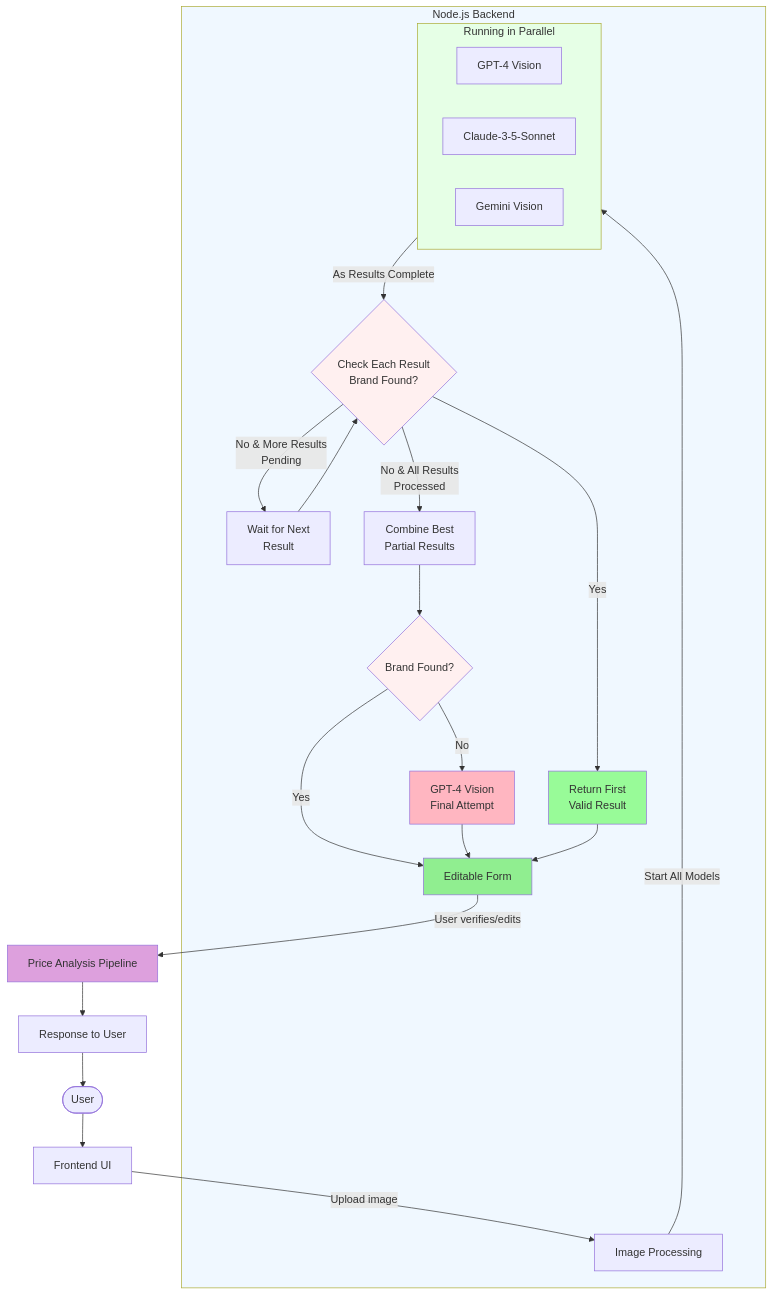
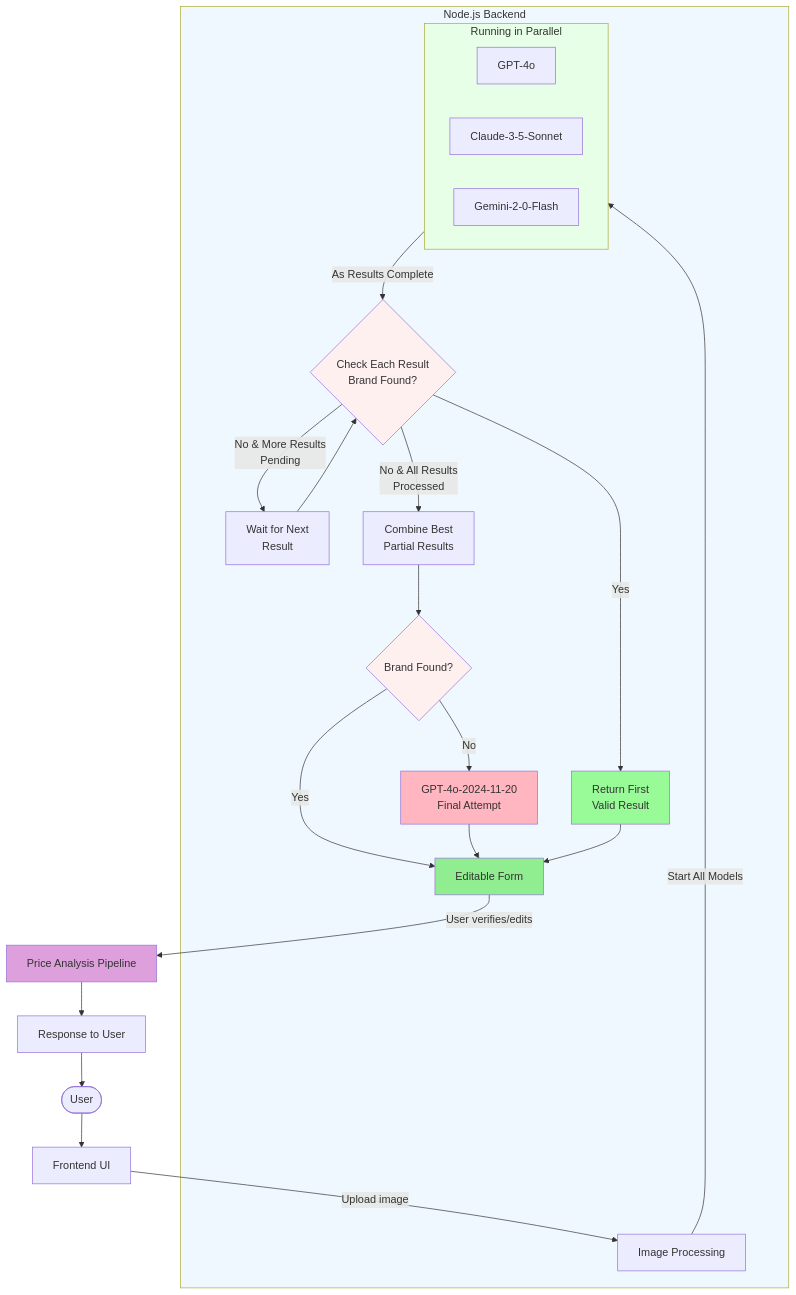
The first of 2 diagrams in README.md (team-alya/kaluste-backend), drawn with Mermaid before and after one commit. The commit also changed other lines of this file, not shown here.

Commit message:
update flowchart

````diff
--- a/README.md
+++ b/README.md
@@ -244,44 +244,44 @@
 ```mermaid
 flowchart TD
     User([User]) --> FrontendUI[Frontend UI]
     FrontendUI -->|Upload image| ImageProcess[Image Processing]
 
     subgraph NodeBackend[Node.js Backend]
         ImageProcess --> |Start All Models| AsyncModels[Async Vision Models]
 
         subgraph AsyncModels[Running in Parallel]
             direction LR
-            GPT4[GPT-4 Vision]
+            GPT4[GPT-4o]
             Claude[Claude-3-5-Sonnet]
-            Gemini[Gemini Vision]
+            Gemini[Gemini-2-0-Flash]
         end
 
         AsyncModels --> |As Results Complete| ResultCheck{Check Each Result<br>Brand Found?}
 
         ResultCheck -->|Yes| StopAndUse[Return First<br>Valid Result]
         ResultCheck -->|No & More Results<br>Pending| WaitNext[Wait for Next<br>Result]
         WaitNext --> ResultCheck
 
         ResultCheck -->|No & All Results<br>Processed| CombineResults[Combine Best<br>Partial Results]
 
         CombineResults --> CheckBrand{Brand Found?}
         CheckBrand -->|Yes| EditableForm
-        CheckBrand -->|No| FinalGPT4[GPT-4 Vision<br>Final Attempt]
+        CheckBrand -->|No| FinalGPT4[GPT-4o-2024-11-20<br>Final Attempt]
         FinalGPT4 --> EditableForm
     end
 
     StopAndUse --> EditableForm[Editable Form]
 
     EditableForm -->|User verifies/edits| PriceAnalysis[Price Analysis Pipeline]
     PriceAnalysis --> ResponseUI[Response to User]
     ResponseUI --> User
 
     style NodeBackend fill:#f0f8ff
     style AsyncModels fill:#e6ffe6
     style ResultCheck fill:#fff0f0
     style EditableForm fill:#90EE90
     style StopAndUse fill:#98FB98
     style FinalGPT4 fill:#FFB6C1
     style CheckBrand fill:#fff0f0
     style PriceAnalysis fill:#DDA0DD
 ```
````
